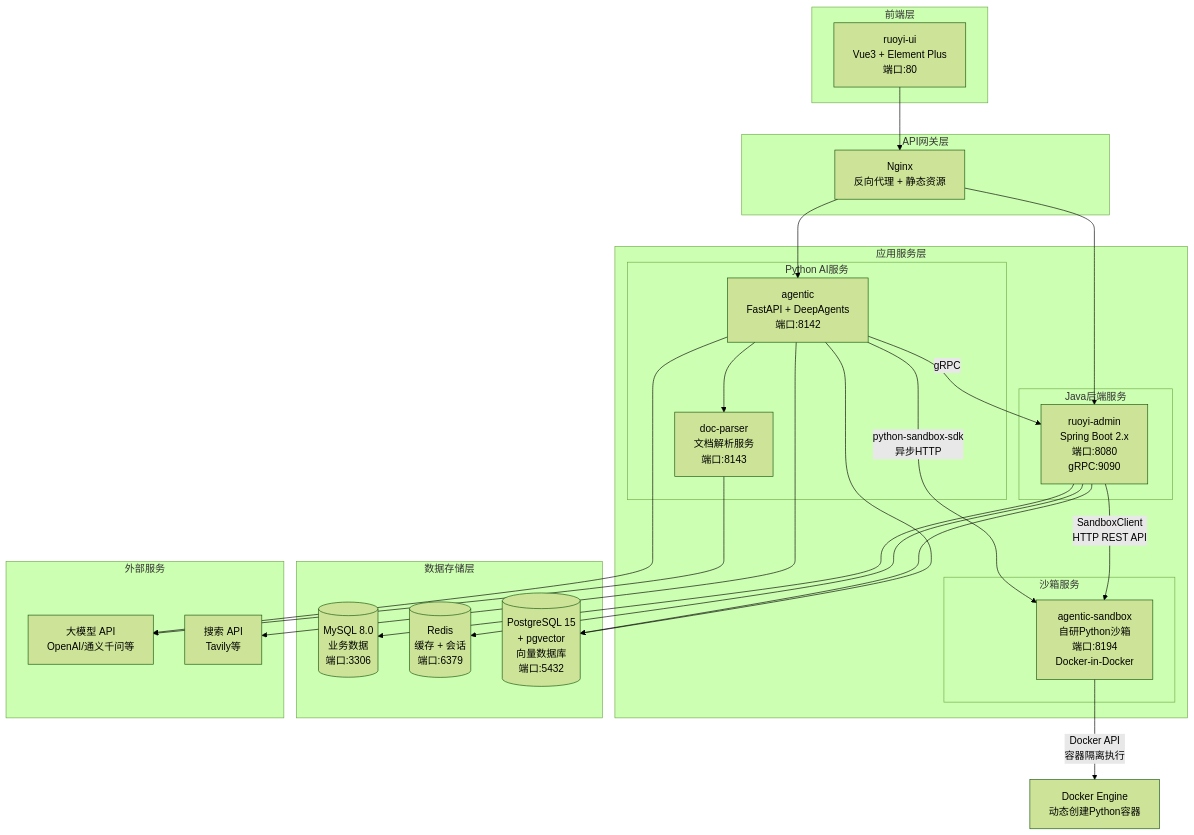
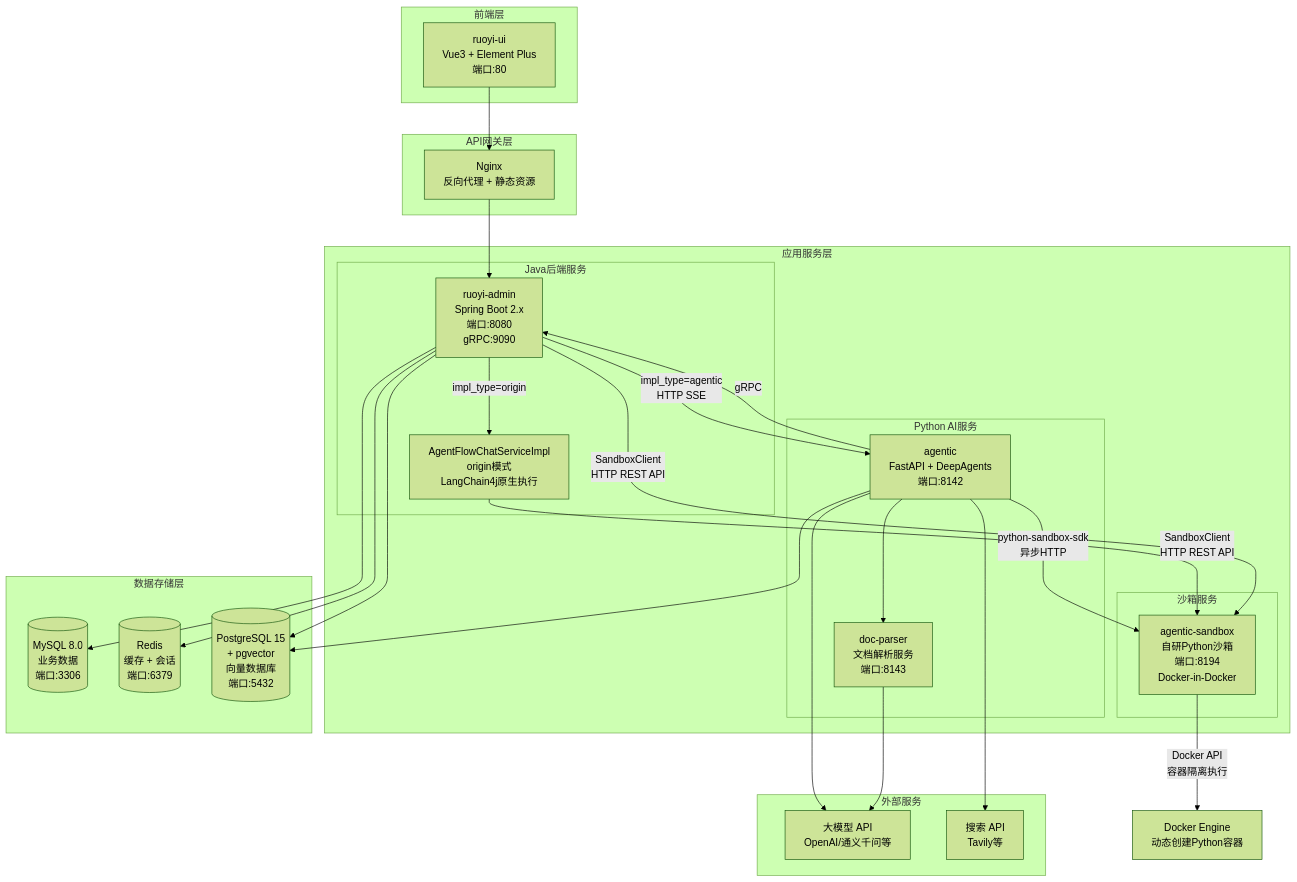
The first of 10 diagrams in ARCHITECTURE.md (zjwan461/ruoyi-langchain4j), drawn with Mermaid (forest theme) before and after one commit. The commit also changed other lines of this file, not shown here.

````diff
--- a/ARCHITECTURE.md
+++ b/ARCHITECTURE.md
@@ -9,57 +9,61 @@
 ```mermaid
 graph TB
     subgraph "前端层"
         UI[ruoyi-ui<br/>Vue3 + Element Plus<br/>端口:80]
     end
 
     subgraph "API网关层"
         NGINX[Nginx<br/>反向代理 + 静态资源]
     end
 
     subgraph "应用服务层"
         subgraph "Java后端服务"
             ADMIN[ruoyi-admin<br/>Spring Boot 2.x<br/>端口:8080<br/>gRPC:9090]
+            ORIGIN[AgentFlowChatServiceImpl<br/>origin模式<br/>LangChain4j原生执行]
         end
         
         subgraph "Python AI服务"
             AGENTIC[agentic<br/>FastAPI + DeepAgents<br/>端口:8142]
             DOC_PARSER[doc-parser<br/>文档解析服务<br/>端口:8143]
         end
         
         subgraph "沙箱服务"
             SANDBOX[agentic-sandbox<br/>自研Python沙箱<br/>端口:8194<br/>Docker-in-Docker]
         end
     end
 
     subgraph "数据存储层"
         MYSQL[(MySQL 8.0<br/>业务数据<br/>端口:3306)]
         REDIS[(Redis<br/>缓存 + 会话<br/>端口:6379)]
         PGVECTOR[(PostgreSQL 15<br/>+ pgvector<br/>向量数据库<br/>端口:5432)]
     end
 
     subgraph "外部服务"
         LLM[大模型 API<br/>OpenAI/通义千问等]
         SEARCH[搜索 API<br/>Tavily等]
     end
 
     UI --> NGINX
     NGINX --> ADMIN
-    NGINX --> AGENTIC
+    
+    ADMIN -->|impl_type=origin| ORIGIN
+    ADMIN -->|impl_type=agentic<br/>HTTP SSE| AGENTIC
     
     AGENTIC -->|gRPC| ADMIN
     AGENTIC -->|python-sandbox-sdk<br/>异步HTTP| SANDBOX
     AGENTIC --> DOC_PARSER
     
+    ORIGIN -->|SandboxClient<br/>HTTP REST API| SANDBOX
     ADMIN -->|SandboxClient<br/>HTTP REST API| SANDBOX
     ADMIN --> MYSQL
     ADMIN --> REDIS
     ADMIN --> PGVECTOR
     
     AGENTIC --> PGVECTOR
     AGENTIC --> LLM
     AGENTIC --> SEARCH
     
     DOC_PARSER --> LLM
     
     SANDBOX -->|Docker API<br/>容器隔离执行| DOCKER[Docker Engine<br/>动态创建Python容器]
 ```
````
